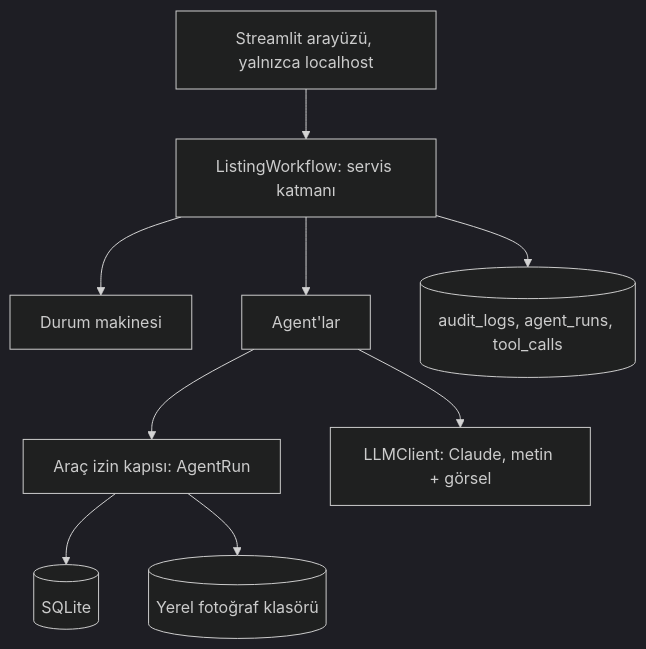
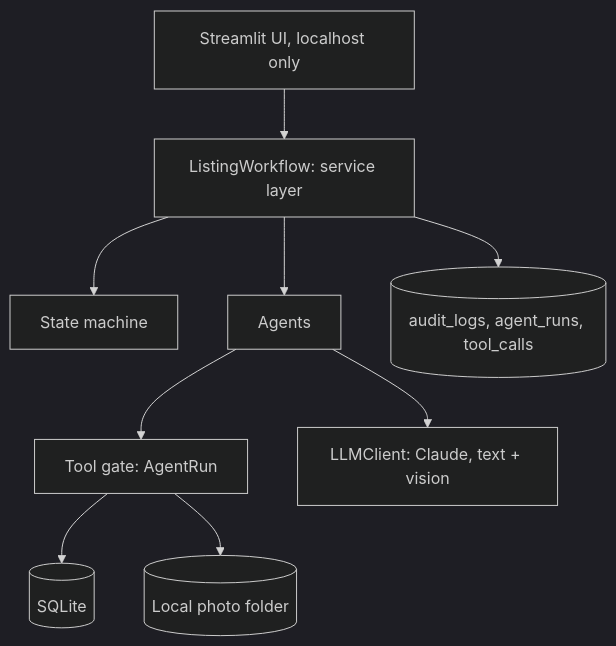
The second of 4 diagrams in docs/architecture.md (ozcivitcagkan/AI-Marketplace-Listing-Assistant), drawn with Mermaid (dark theme) before and after one commit. The commit also changed other lines of this file and 33 other files, not shown here.

````diff
--- a/docs/architecture.md
+++ b/docs/architecture.md
@@ -90,11 +89,11 @@
 ```mermaid
 flowchart TB
-  U[Streamlit arayüzü, yalnızca localhost] --> WF[ListingWorkflow: servis katmanı]
-  WF --> SM[Durum makinesi]
-  WF --> AG[Agent'lar]
-  AG --> GATE[Araç izin kapısı: AgentRun]
+  U[Streamlit UI, localhost only] --> WF[ListingWorkflow: service layer]
+  WF --> SM[State machine]
+  WF --> AG[Agents]
+  AG --> GATE[Tool gate: AgentRun]
   GATE --> DB[(SQLite)]
-  GATE --> FS[(Yerel fotoğraf klasörü)]
-  AG --> LLM[LLMClient: Claude, metin + görsel]
+  GATE --> FS[(Local photo folder)]
+  AG --> LLM[LLMClient: Claude, text + vision]
   WF --> AUD[(audit_logs, agent_runs, tool_calls)]
 ```
````
